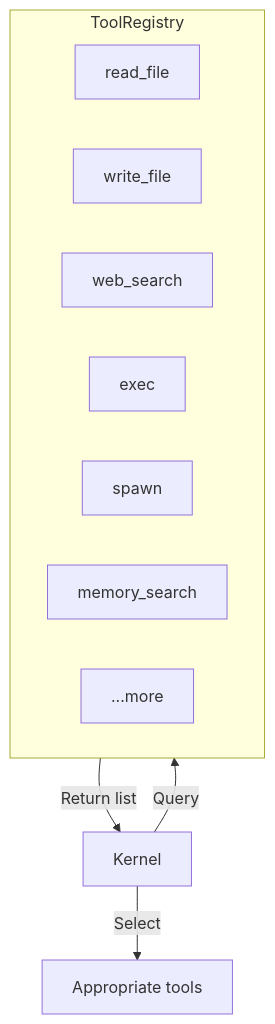
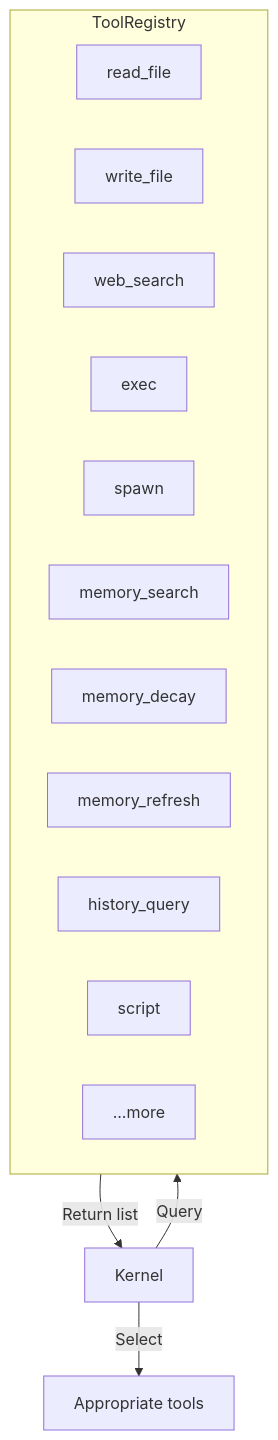
Before and after one commit to yeheng/nanobot-rs: diagram 12 of 13 in docs/tools-en.md, drawn with Mermaid. The commit also changed other lines of this file and 35 other files, not shown here.

````diff
--- a/docs/tools-en.md
+++ b/docs/tools-en.md
@@ -308,16 +312,20 @@
 ```mermaid
 flowchart TB
     subgraph Registry["ToolRegistry"]
         T1["read_file"]
         T2["write_file"]
         T3["web_search"]
         T4["exec"]
         T5["spawn"]
         T6["memory_search"]
+        T7["memory_decay"]
+        T8["memory_refresh"]
+        T9["history_query"]
+        T10["script"]
         TN["...more"]
     end
     
     Kernel -->|Query| Registry
     Registry -->|Return list| Kernel
     Kernel -->|Select| Selected["Appropriate tools"]
 ```
````
